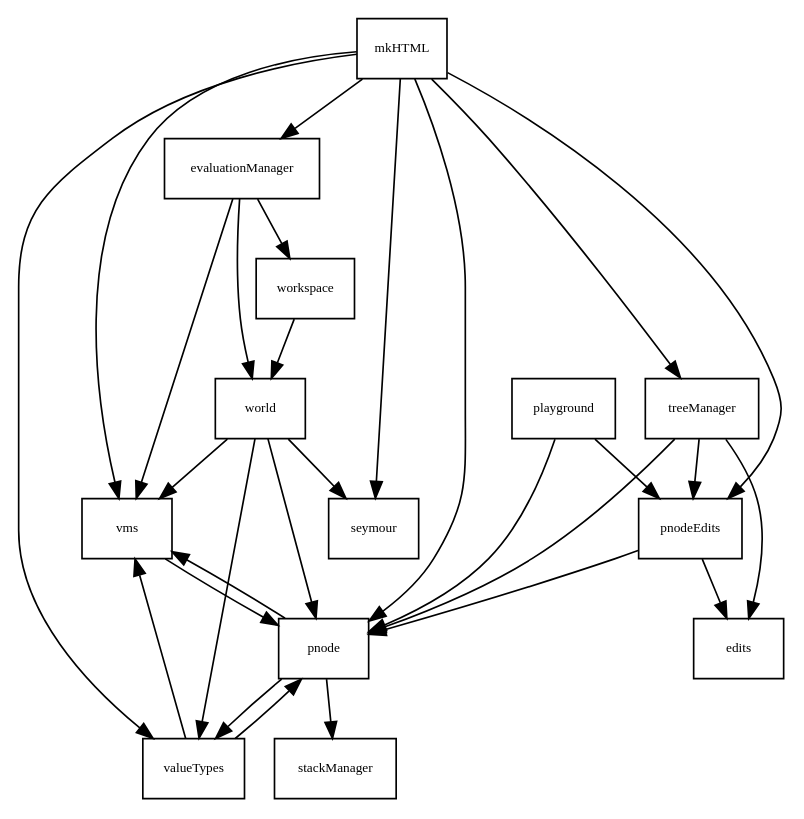
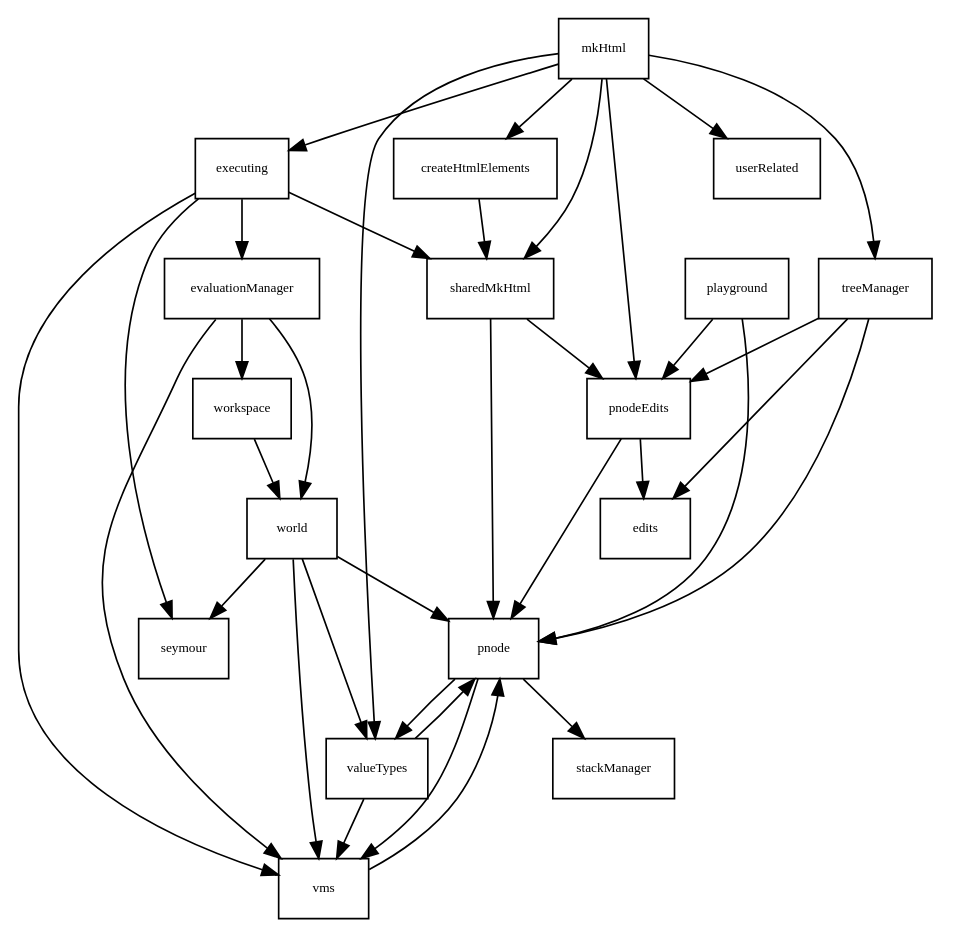
Before and after one commit to theodore-norvell/PLAAY: the diagram in typescriptSrc/dependence.gv, drawn with Graphviz. The commit also changed 4 other files, not shown here.

```diff
--- a/typescriptSrc/dependence.gv
+++ b/typescriptSrc/dependence.gv
@@ -1,67 +1,78 @@
 digraph Depends {
 
    gsize="8,6"; ratio=fill;
    node[fontsize=8, shape=rectangle];
 
    //edits -> assert ;
    //edits -> collections ;
 
+   createHtmlElements -> sharedMkHtml ;
+
    evaluationManager -> vms ;
    evaluationManager -> workspace ;
    evaluationManager -> world ;
 
-   //mkHTML -> assert ;
-   //mkHTML -> collections ;
-   mkHTML -> pnode ;
-   mkHTML -> pnodeEdits ;
-   mkHTML -> treeManager ;
-   mkHTML -> evaluationManager ;
-   mkHTML -> vms ;
-   mkHTML -> valueTypes ;
-   mkHTML -> seymour ;
+   executing -> sharedMkHtml ;
+   executing -> evaluationManager ;
+   executing -> seymour ;
+   executing -> vms ;
+
+
+   //mkHtml -> assert ;
+   //mkHtml -> collections ;
+   mkHtml -> createHtmlElements ;
+   mkHtml -> executing ;
+   mkHtml -> pnodeEdits ;
+   mkHtml -> sharedMkHtml ;
+   mkHtml -> treeManager ;
+   mkHtml -> userRelated ;
+   mkHtml -> valueTypes ;
 
    //pageManipulation -> assert ;
    //pageManipulation -> collections ;
 
    //playground -> assert ;
    //playground -> collections ;
    playground -> pnode ;
    playground -> pnodeEdits ;
 
    //pnode -> assert ;
    //pnode -> collections ;
    pnode -> stackManager ;
    pnode -> valueTypes ;
    pnode -> vms ;
 
    //pnodeEdits -> assert ;
    //pnodeEdits -> collections ;
    pnodeEdits -> edits ;
    pnodeEdits -> pnode ;
+
+   sharedMkHtml -> pnode ;
+   sharedMkHtml -> pnodeEdits ;
 
    //treeManager -> asssert ;
    //treeManager -> collections ;
    treeManager -> edits ;
    treeManager -> pnode ;
    treeManager -> pnodeEdits ;
 
    //turtleTest -> seymour ;
 
    //valueTypes -> assert ;
    //valueTypes -> collections ;
    valueTypes -> pnode ;
    valueTypes -> vms ;
 
    //vms -> assert ;
    //vms -> collections ;
    vms -> pnode ;
 
    workspace -> world ;
 
    //world -> assert ;
    //world -> collections ;
    world -> pnode ;
    world -> seymour ;
    world -> valueTypes ;
    world -> vms ;
 }
```
